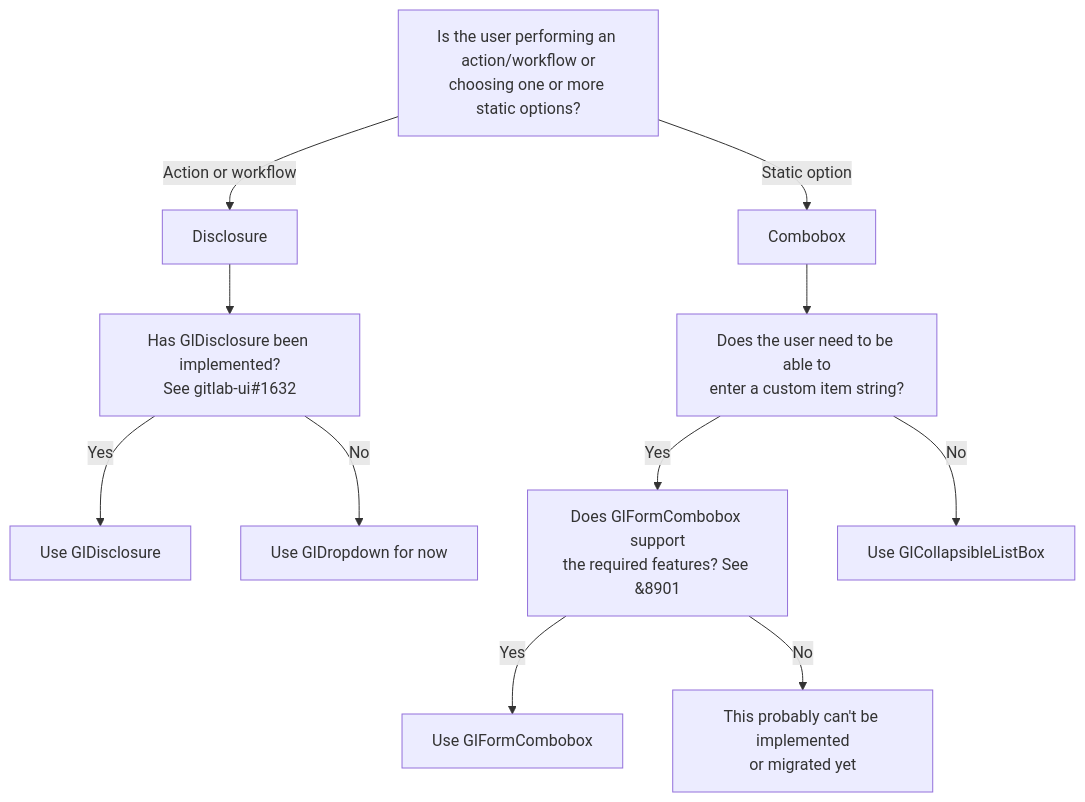
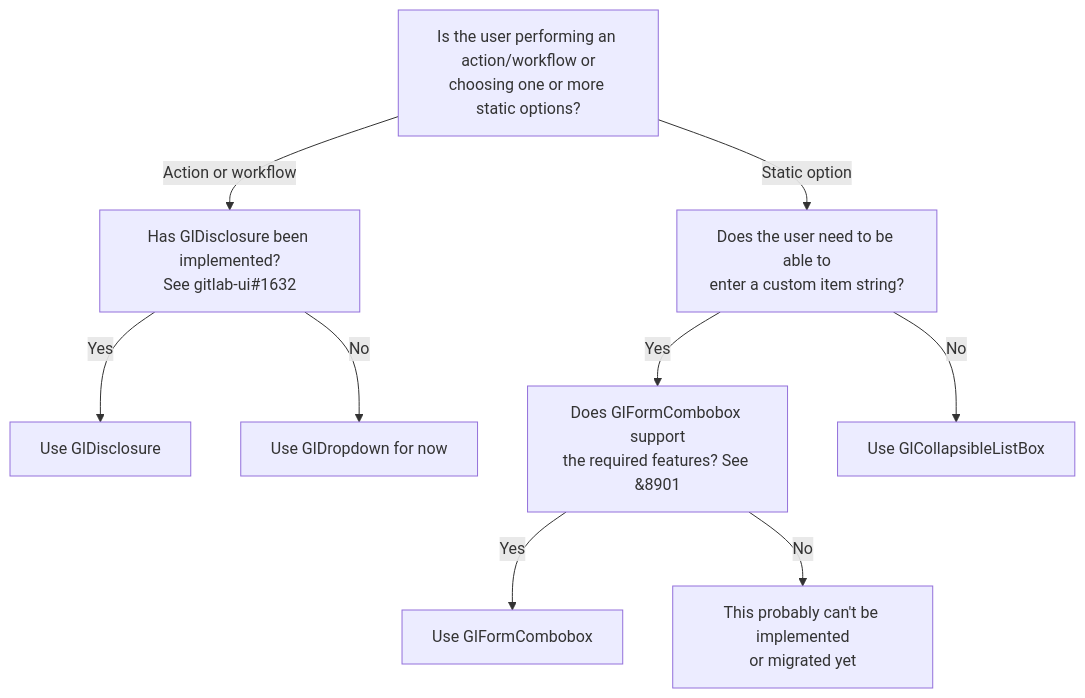
One commit to khulnasoft-lab/design.khulnasoft.com changed the diagram in contents/components/dropdown-overview.md. Above: the diagram before and after it, drawn with Mermaid.

Commit message:
feat(Dropdown): Remove mermaid layer

````diff
--- a/contents/components/dropdown-overview.md
+++ b/contents/components/dropdown-overview.md
@@ -19,13 +19,11 @@
 ```mermaid
 graph TD;
-  A[Is the user performing an action/workflow or<br>choosing one or more static options?] --> |Action or workflow|B[Disclosure];
-  A --> |Static option|C[Combobox];
-  B --> D[Has GlDisclosure been implemented?<br>See gitlab-ui#1632];
-  D --> |Yes|F[Use GlDisclosure];
-  D --> |No|G[Use GlDropdown for now];
-  C --> E[Does the user need to be able to<br>enter a custom item string?];
-  E --> |Yes|H[Does GlFormCombobox support<br>the required features? See &8901];
-  E --> |No|I[Use GlCollapsibleListBox];
-  H --> |Yes|J[Use GlFormCombobox];
-  H --> |No|K[This probably can't be implemented<br>or migrated yet];
+  A[Is the user performing an action/workflow or<br>choosing one or more static options?] --> |Action or workflow|B[Has GlDisclosure been implemented?<br>See gitlab-ui#1632];
+  A --> |Static option|C[Does the user need to be able to<br>enter a custom item string?];
+  B --> |Yes|F[Use GlDisclosure];
+  B --> |No|G[Use GlDropdown for now];
+  C --> |Yes|D[Does GlFormCombobox support<br>the required features? See &8901];
+  C --> |No|E[Use GlCollapsibleListBox];
+  D --> |Yes|H[Use GlFormCombobox];
+  D --> |No|I[This probably can't be implemented<br>or migrated yet];
 ```
````
